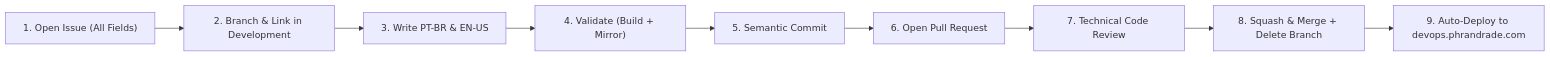
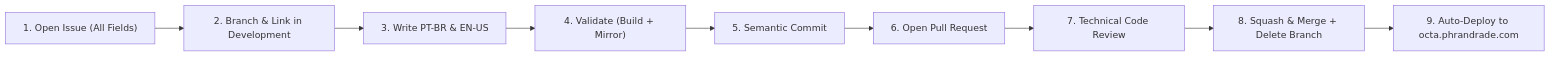
Before and after one commit to pedroiff0/devops-guide: the diagram in AGENTS.md, drawn with Mermaid. The commit also changed other lines of this file and 14 other files, not shown here.

Commit message:
feat(branding): renomear projeto para O.C.T.A. (Omni Clarified Technical Atlas) e migrar dominio para octa.phrandrade.com

````diff
--- a/AGENTS.md
+++ b/AGENTS.md
@@ -102,11 +102,11 @@
 ```mermaid
 graph LR
     Issue["1. Open Issue (All Fields)"] --> Branch["2. Branch & Link in Development"]
     Branch --> Author["3. Write PT-BR & EN-US"]
     Author --> Validate["4. Validate (Build + Mirror)"]
     Validate --> Commit["5. Semantic Commit"]
     Commit --> PR["6. Open Pull Request"]
     PR --> Review["7. Technical Code Review"]
     Review --> Merge["8. Squash & Merge + Delete Branch"]
-    Merge --> Deploy["9. Auto-Deploy to devops.phrandrade.com"]
+    Merge --> Deploy["9. Auto-Deploy to octa.phrandrade.com"]
 ```
````
